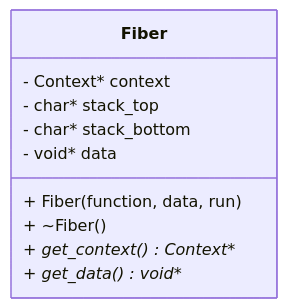
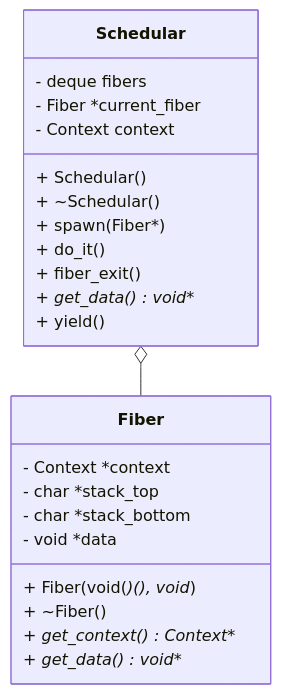
The first of 3 diagrams in README.md (Cyb3rMutant/Cooperative-Scheduler), drawn with Mermaid before and after one commit. The commit also changed other lines of this file and 9 other files, not shown here.

````diff
--- a/README.md
+++ b/README.md
@@ -120,14 +280,30 @@
 ```mermaid
 classDiagram
+    class Schedular {
+        + Schedular()
+        + ~Schedular()
+        + spawn(Fiber*)
+        + do_it()
+        + fiber_exit()
+        + get_data() void**
+        + yield()
+
+        - deque<Fiber*> fibers
+        - Fiber *current_fiber
+        - Context context
+    }
+
     class Fiber {
-        + Fiber(function, data, run)
+        + Fiber(void(*)(), void*)
         + ~Fiber()
         + get_context() Context**
         + get_data() void**
 
-        - Context* context
-        - char* stack_top
-        - char* stack_bottom
-        - void* data
+        - Context *context
+        - char *stack_top
+        - char *stack_bottom
+        - void *data
     }
+
+    Schedular o-- Fiber
 ```
````
